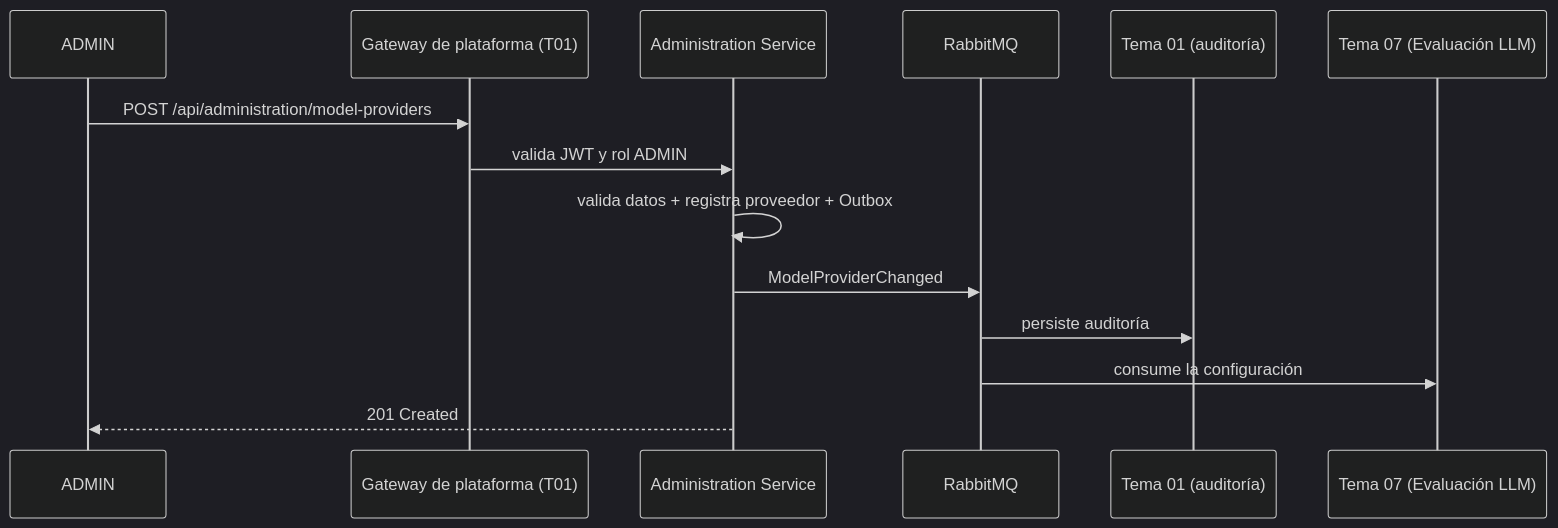
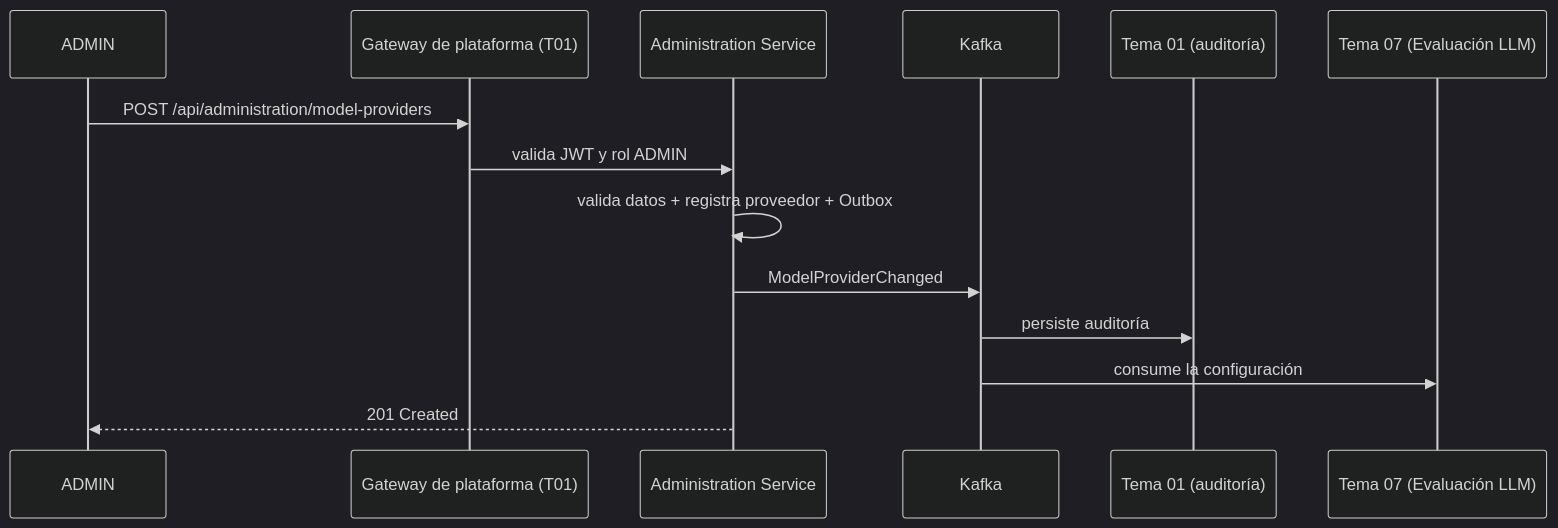
One commit to 2W2-114324-Carballo-Juarez-Mateo/backoffice-docs changed the fifth of 6 diagrams in docs/backend/arquitectura/comunicacion.md. Above: the diagram before and after it, drawn with Mermaid (dark theme). The commit also changed other lines of this file and 20 other files, not shown here.

Commit message:
refactor: volver a Apache Kafka como broker (decisión de plataforma con Notificaciones/Banco); RabbitMQ como alternativa

````diff
--- a/docs/backend/arquitectura/comunicacion.md
+++ b/docs/backend/arquitectura/comunicacion.md
@@ -141,17 +141,17 @@
 ```mermaid
 sequenceDiagram
     participant A as ADMIN
     participant GW as Gateway de plataforma (T01)
     participant AD as Administration Service
-    participant K as RabbitMQ
+    participant K as Kafka
     participant T01 as Tema 01 (auditoría)
     participant T07 as Tema 07 (Evaluación LLM)
 
     A->>GW: POST /api/administration/model-providers
     GW->>AD: valida JWT y rol ADMIN
     AD->>AD: valida datos + registra proveedor + Outbox
     AD->>K: ModelProviderChanged
     K->>T01: persiste auditoría
     K->>T07: consume la configuración
     AD-->>A: 201 Created
 ```
````
